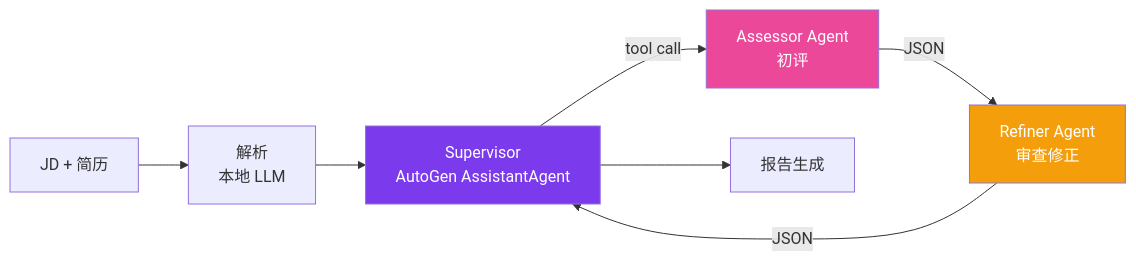
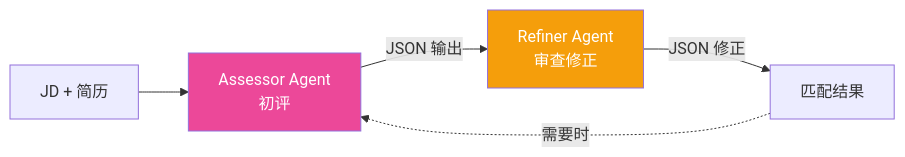
One commit to chocolajk-glitch/autohire changed the second of 2 diagrams in README.md. Above: the diagram before and after it, drawn with Mermaid. The commit also changed other lines of this file and 6 other files, not shown here.

First line of the commit message:
refactor: 合并自我反思到 AutoGen Matcher, 去掉 enable_reflection 选项

````diff
--- a/README.md
+++ b/README.md
@@ -160,13 +160,10 @@
 ```mermaid
 graph LR
-    JD[JD + 简历] --> Parser[解析<br/>本地 LLM]
-    Parser --> Supervisor[Supervisor<br/>AutoGen AssistantAgent]
-    Supervisor -->|tool call| Assessor[Assessor Agent<br/>初评]
-    Assessor -->|JSON| Refiner[Refiner Agent<br/>审查修正]
-    Refiner -->|JSON| Supervisor
-    Supervisor --> Report[报告生成]
+    JD[JD + 简历] --> Assessor[Assessor Agent<br/>初评]
+    Assessor -->|JSON 输出| Refiner[Refiner Agent<br/>审查修正]
+    Refiner -->|JSON 修正| Report[匹配结果]
+    Report -.需要时.-> Assessor
 
-    style Supervisor fill:#7c3aed,color:#fff
     style Assessor fill:#ec4899,color:#fff
     style Refiner fill:#f59e0b,color:#fff
 ```
````
